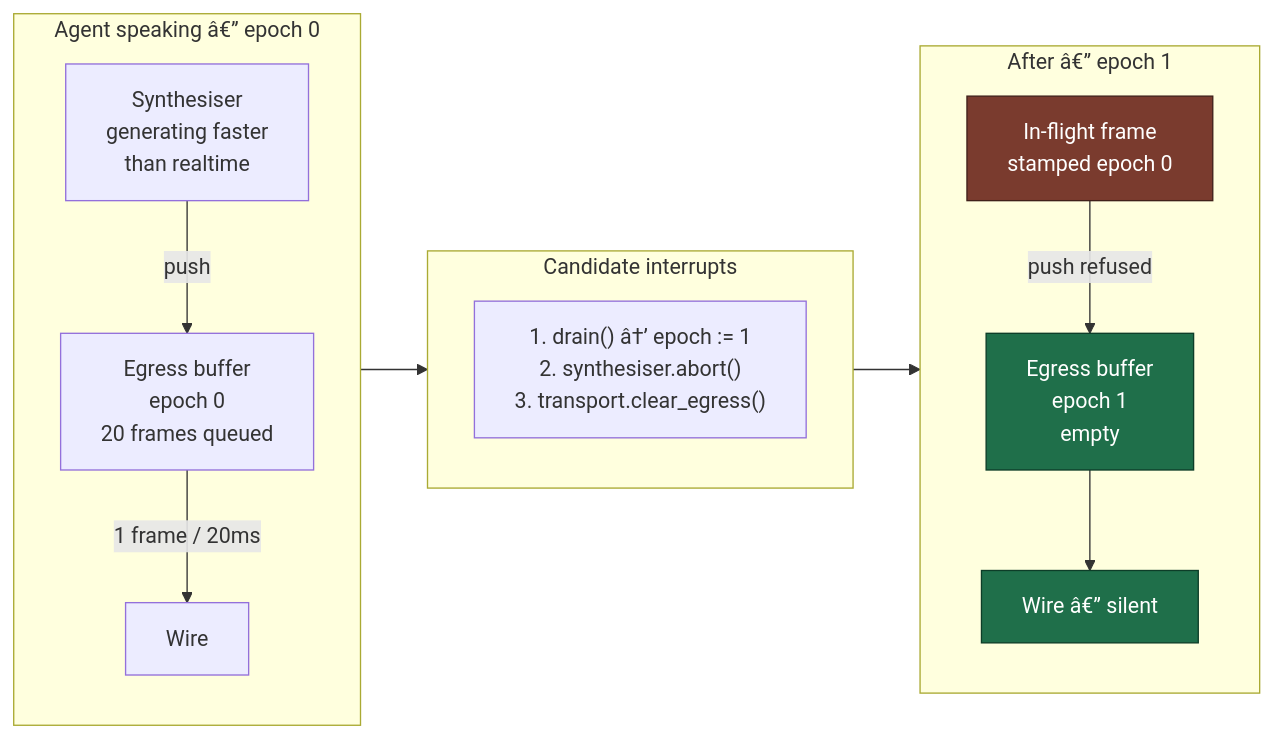
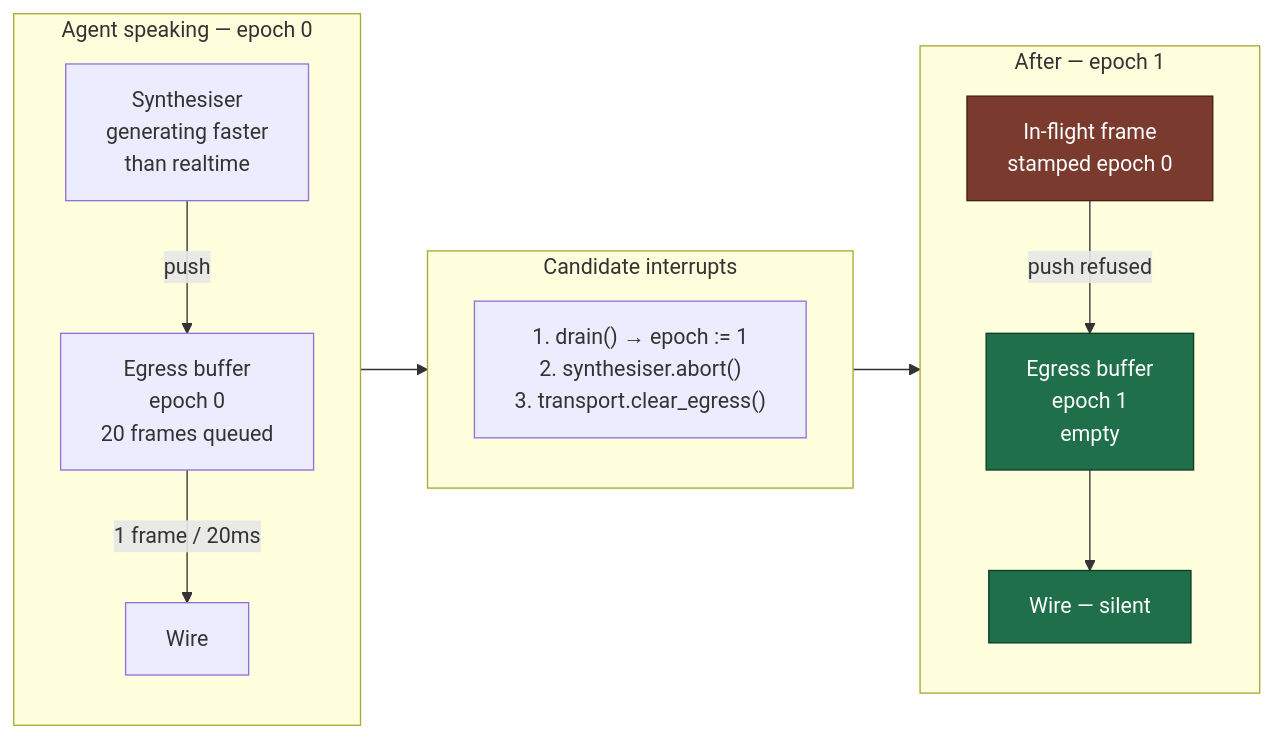
The third of 8 diagrams in docs/ARCHITECTURE.md (Oruwe/HR_agent), drawn with Mermaid before and after one commit. The commit also changed other lines of this file and 1 other file, not shown here.

First line of the commit message:
Fix mojibake in README and ARCHITECTURE.md

````diff
--- a/docs/ARCHITECTURE.md
+++ b/docs/ARCHITECTURE.md
@@ -125,23 +125,23 @@
 ```mermaid
 flowchart LR
-    subgraph T0["Agent speaking â€” epoch 0"]
+    subgraph T0["Agent speaking — epoch 0"]
         P0["Synthesiser<br/>generating faster<br/>than realtime"] -->|push| B0["Egress buffer<br/>epoch 0<br/>20 frames queued"]
         B0 -->|"1 frame / 20ms"| W0["Wire"]
     end
 
     subgraph T1["Candidate interrupts"]
-        D["1. drain() â†’ epoch := 1<br/>2. synthesiser.abort()<br/>3. transport.clear_egress()"]
+        D["1. drain() → epoch := 1<br/>2. synthesiser.abort()<br/>3. transport.clear_egress()"]
     end
 
-    subgraph T2["After â€” epoch 1"]
+    subgraph T2["After — epoch 1"]
         P1["In-flight frame<br/>stamped epoch 0"] -->|"push refused"| B1["Egress buffer<br/>epoch 1<br/>empty"]
-        B1 --> W1["Wire â€” silent"]
+        B1 --> W1["Wire — silent"]
     end
 
     T0 --> T1 --> T2
 
     classDef bad fill:#7a3b2e,stroke:#40201a,color:#fff
     classDef good fill:#1f6f4a,stroke:#0d3d28,color:#fff
     class P1 bad
     class B1,W1 good
 ```
````
